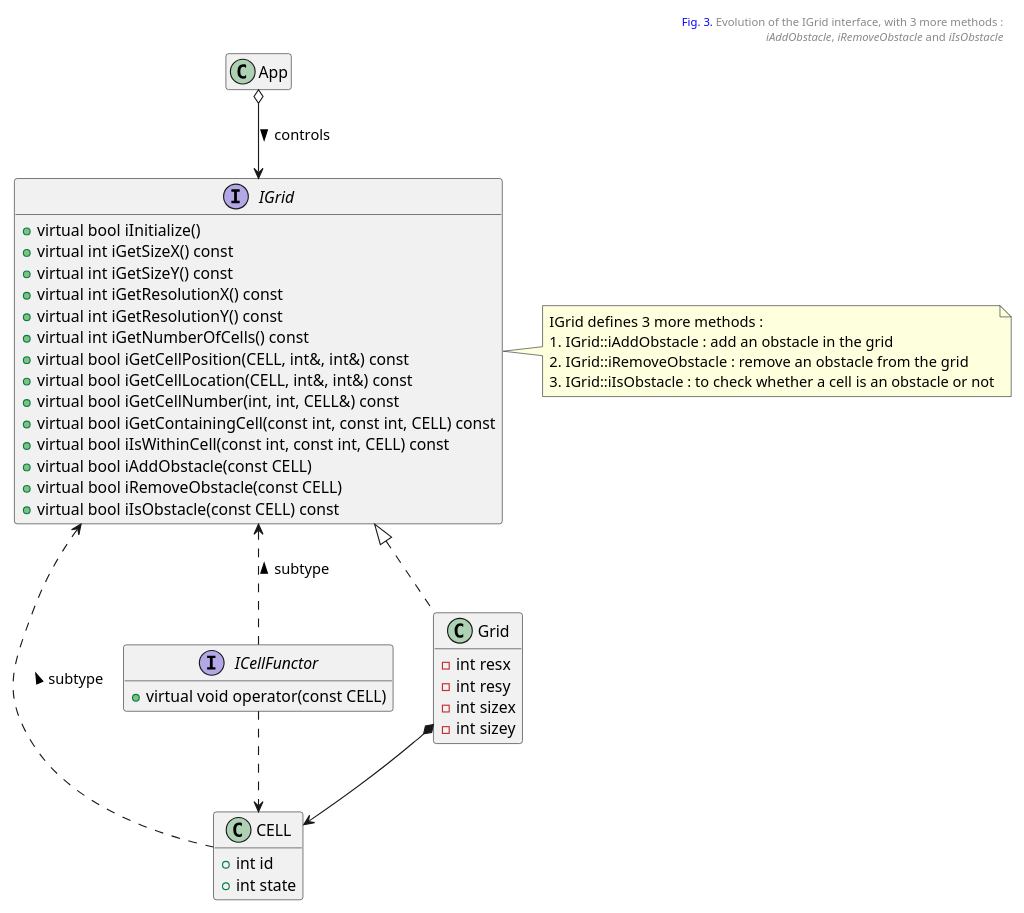
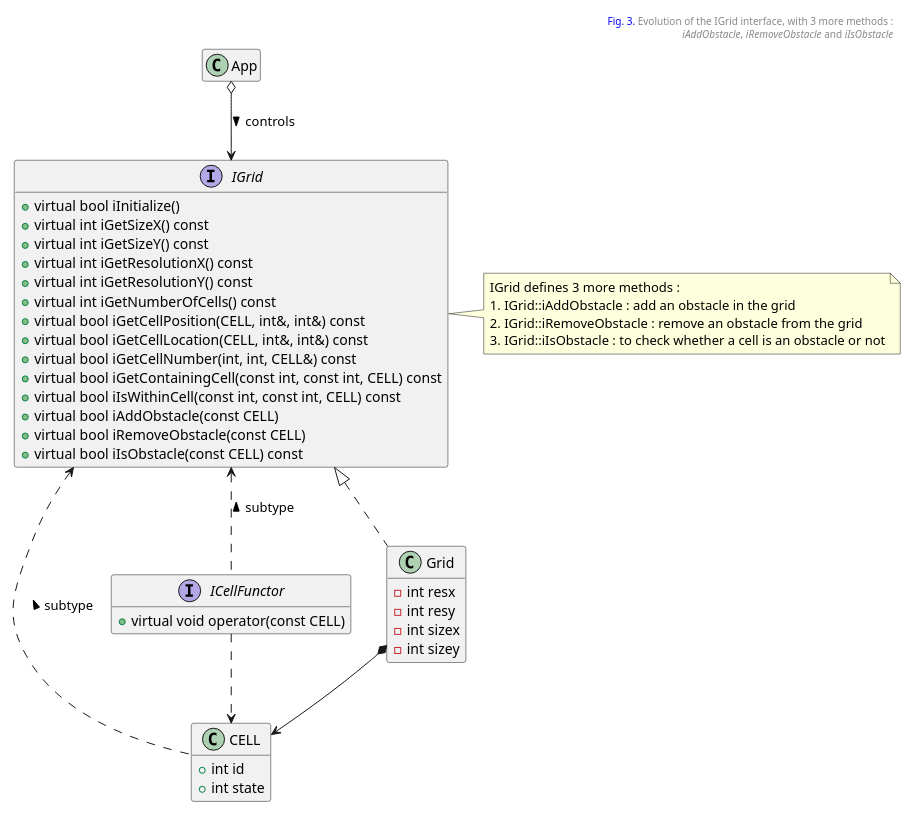
Before and after one commit to kanmeugne/kanmeugne.github.io: the third of 4 diagrams in _posts/modsim/2020-10-04-2d-grid-obstacles.md, drawn with PlantUML.

Commit message:
change size

```diff
--- a/_posts/modsim/2020-10-04-2d-grid-obstacles.md
+++ b/_posts/modsim/2020-10-04-2d-grid-obstacles.md
@@ -87,62 +87,62 @@
 {% plantuml %}
 @startuml
 header
 <font color=blue>Fig. 3.</font> Evolution of the IGrid interface, with 3 more methods :
 <i>iAddObstacle</i>, <i>iRemoveObstacle</i> and <i>iIsObstacle</i>
 end header
-scale 0.9
+scale 0.8
 class App {
     + {static} const int DEFAULT_HEIGHT
     + {static} const int DEFAULT_WIDTH
     + {static} const int DEFAULT_RESX
     + {static} const int DEFAULT_RESY
     + void run()
     + void display()
 }
 class CELL {
     + int id
     + int state
 }
 interface ICellFunctor {
     + virtual void operator(const CELL)
 }
 interface IGrid {
     + virtual bool iInitialize()
     + virtual int iGetSizeX() const
     + virtual int iGetSizeY() const
     + virtual int iGetResolutionX() const
     + virtual int iGetResolutionY() const
     + virtual int iGetNumberOfCells() const
     + virtual bool iGetCellPosition(CELL, int&, int&) const
     + virtual bool iGetCellLocation(CELL, int&, int&) const
     + virtual bool iGetCellNumber(int, int, CELL&) const
     + virtual bool iGetContainingCell(const int, const int, CELL) const
     + virtual bool iIsWithinCell(const int, const int, CELL) const
     + virtual bool iAddObstacle(const CELL)
     + virtual bool iRemoveObstacle(const CELL)
     + virtual bool iIsObstacle(const CELL) const
 }
 note right
 IGrid defines 3 more methods :
 # IGrid::iAddObstacle : add an obstacle in the grid
 # IGrid::iRemoveObstacle : remove an obstacle from the grid
 # IGrid::iIsObstacle : to check whether a cell is an obstacle or not
 end note
 class Grid implements IGrid {
     - int resx
     - int resy
     - int sizex
     - int sizey
 }
 IGrid <.. CELL : subtype <
 IGrid <.. ICellFunctor : subtype <
 ICellFunctor ..> CELL
 Grid *--> CELL
 App o--> IGrid : controls >
 hide App members
 hide IGrid fields
 hide CELL methods
 hide Grid methods
 hide ICellFunctor fields
 @enduml
 {% endplantuml %}
```
